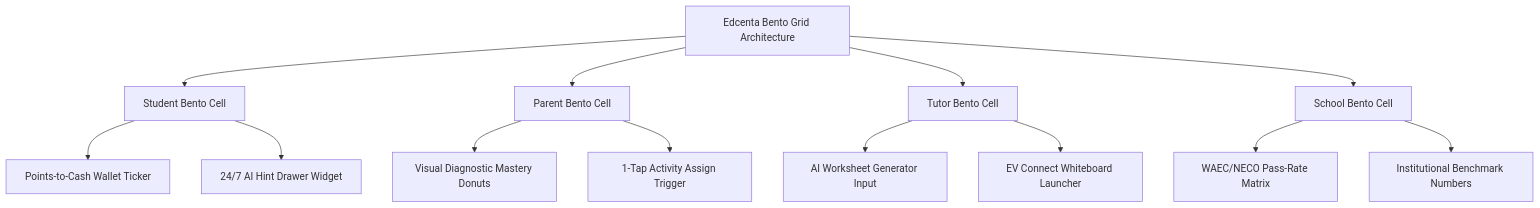
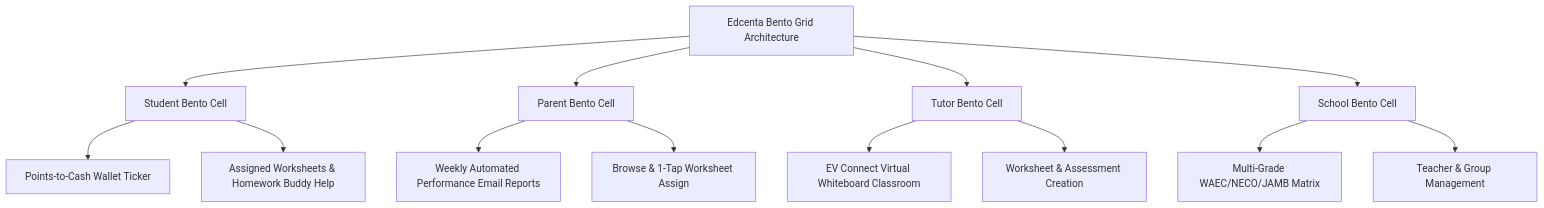
Before and after one commit to greatAdams01/edcenta-docs: the diagram in design.md, drawn with Mermaid. The commit also changed other lines of this file and 1 other file, not shown here.

````diff
--- a/design.md
+++ b/design.md
@@ -156,19 +140,19 @@
 ```mermaid
 graph TD
     A[Edcenta Bento Grid Architecture] --> B[Student Bento Cell]
     A --> C[Parent Bento Cell]
     A --> D[Tutor Bento Cell]
     A --> E[School Bento Cell]
 
     B --> B1[Points-to-Cash Wallet Ticker]
-    B --> B2[24/7 AI Hint Drawer Widget]
+    B --> B2[Assigned Worksheets & Homework Buddy Help]
 
-    C --> C1[Visual Diagnostic Mastery Donuts]
-    C --> C2[1-Tap Activity Assign Trigger]
+    C --> C1[Weekly Automated Performance Email Reports]
+    C --> C2[Browse & 1-Tap Worksheet Assign]
 
-    D --> D1[AI Worksheet Generator Input]
-    D --> D2[EV Connect Whiteboard Launcher]
+    D --> D1[EV Connect Virtual Whiteboard Classroom]
+    D --> D2[Worksheet & Assessment Creation]
 
-    E --> E1[WAEC/NECO Pass-Rate Matrix]
-    E --> E2[Institutional Benchmark Numbers]
+    E --> E1[Multi-Grade WAEC/NECO/JAMB Matrix]
+    E --> E2[Teacher & Group Management]
 ```
````
